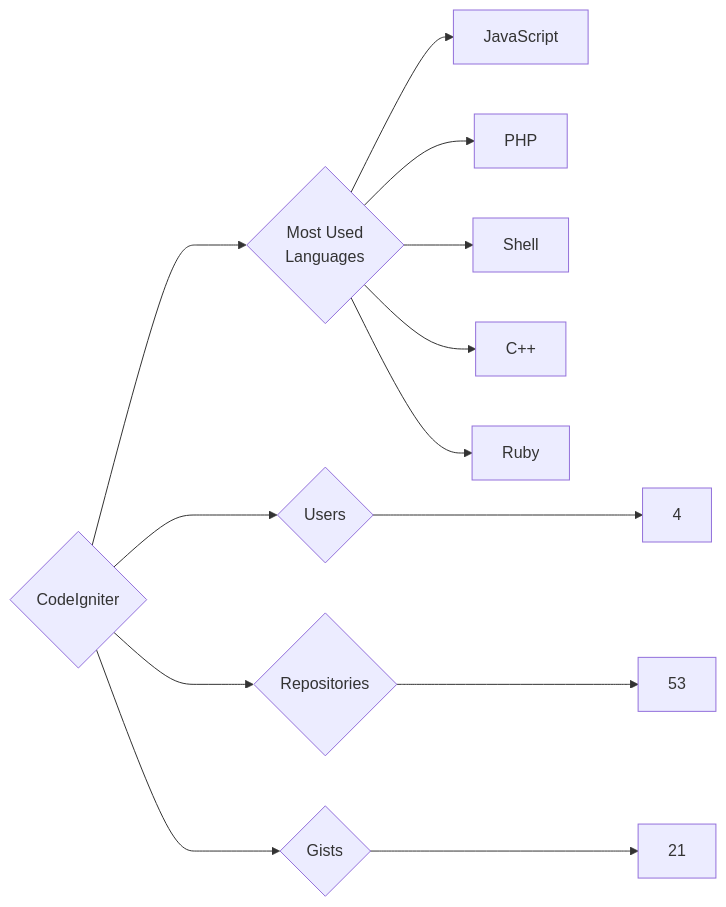
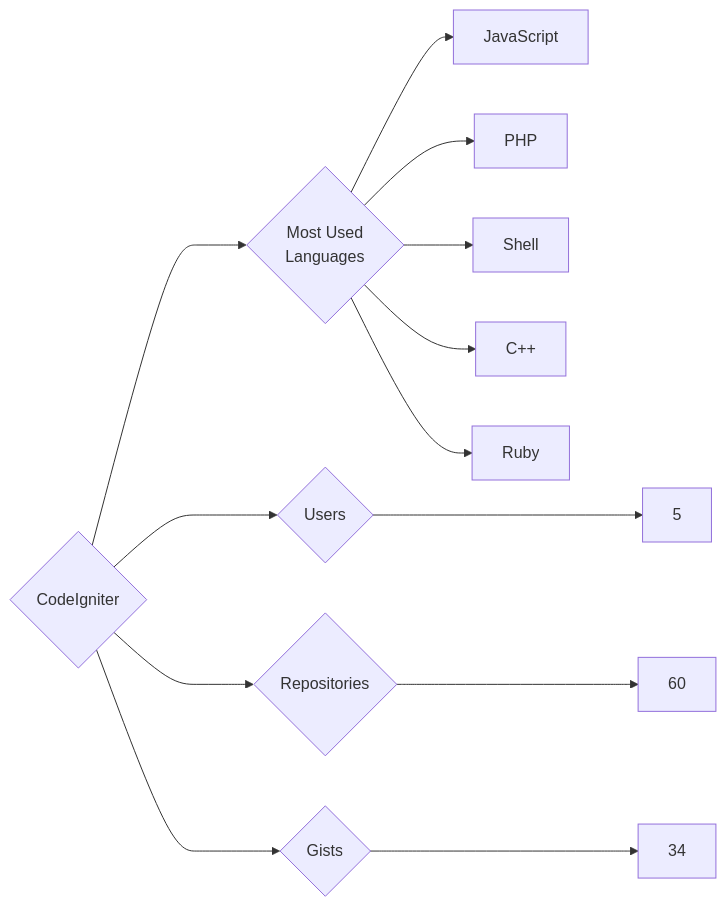
Before and after one commit to trickest/insiders: the diagram in targets/CodeIgniter/README.md, drawn with Mermaid. The commit also changed 775 other files, not shown here.

````diff
--- a/targets/CodeIgniter/README.md
+++ b/targets/CodeIgniter/README.md
@@ -3,13 +3,13 @@
 ```mermaid
 graph LR
 COMPANY_NAME{CodeIgniter}
-COMPANY_NAME ---> U{Users} ---> UN[4]
-COMPANY_NAME ---> R{Repositories} ---> RN[53]
-COMPANY_NAME ---> G{Gists} ---> GN[21]
+COMPANY_NAME ---> U{Users} ---> UN[5]
+COMPANY_NAME ---> R{Repositories} ---> RN[60]
+COMPANY_NAME ---> G{Gists} ---> GN[34]
 COMPANY_NAME ---> ML{Most Used<br>Languages}
 ML --> JavaScript[JavaScript]
 ML --> PHP[PHP]
 ML --> Shell[Shell]
 ML --> C++[C++]
 ML --> Ruby[Ruby]
 ```
````
